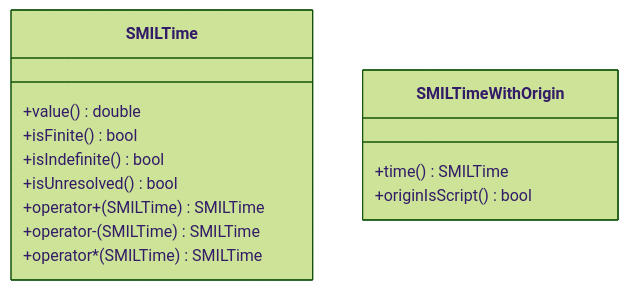
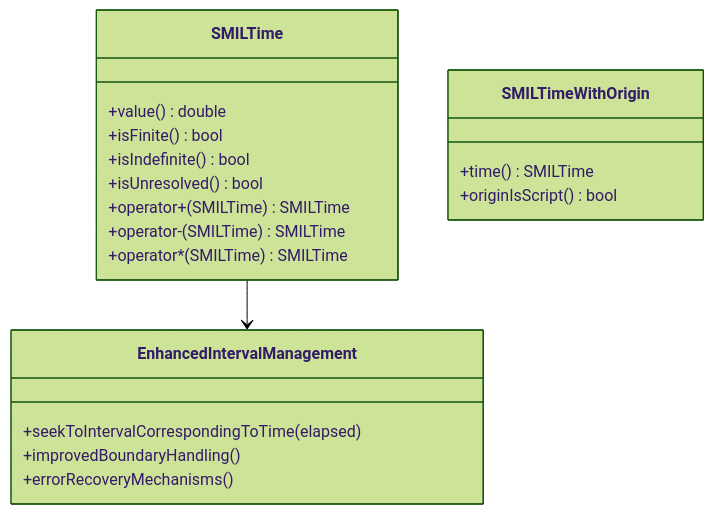
The third of 11 diagrams in .qoder/repowiki/en/content/Animated SVG Support/SMIL Animation Specification/SMIL Animation Specification.md (denisnadey/flutter_full_svg_support), drawn with Mermaid (forest theme) before and after one commit. The commit also changed other lines of this file and 20 other files, not shown here.

````diff
--- a/.qoder/repowiki/en/content/Animated SVG Support/SMIL Animation Specification/SMIL Animation Specification.md
+++ b/.qoder/repowiki/en/content/Animated SVG Support/SMIL Animation Specification/SMIL Animation Specification.md
@@ -180,16 +226,22 @@
 ```mermaid
 classDiagram
 class SMILTime {
 +value() double
 +isFinite() bool
 +isIndefinite() bool
 +isUnresolved() bool
 +operator+(SMILTime) SMILTime
 +operator-(SMILTime) SMILTime
 +operator*(SMILTime) SMILTime
 }
 class SMILTimeWithOrigin {
 +time() SMILTime
 +originIsScript() bool
 }
+class EnhancedIntervalManagement {
++seekToIntervalCorrespondingToTime(elapsed)
++improvedBoundaryHandling()
++errorRecoveryMechanisms()
+}
+SMILTime --> EnhancedIntervalManagement
 ```
````
